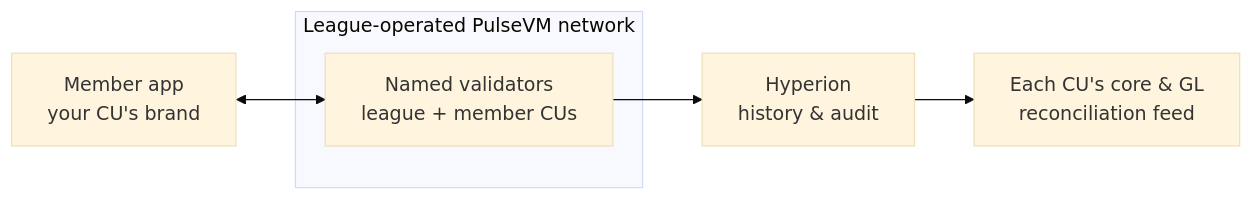
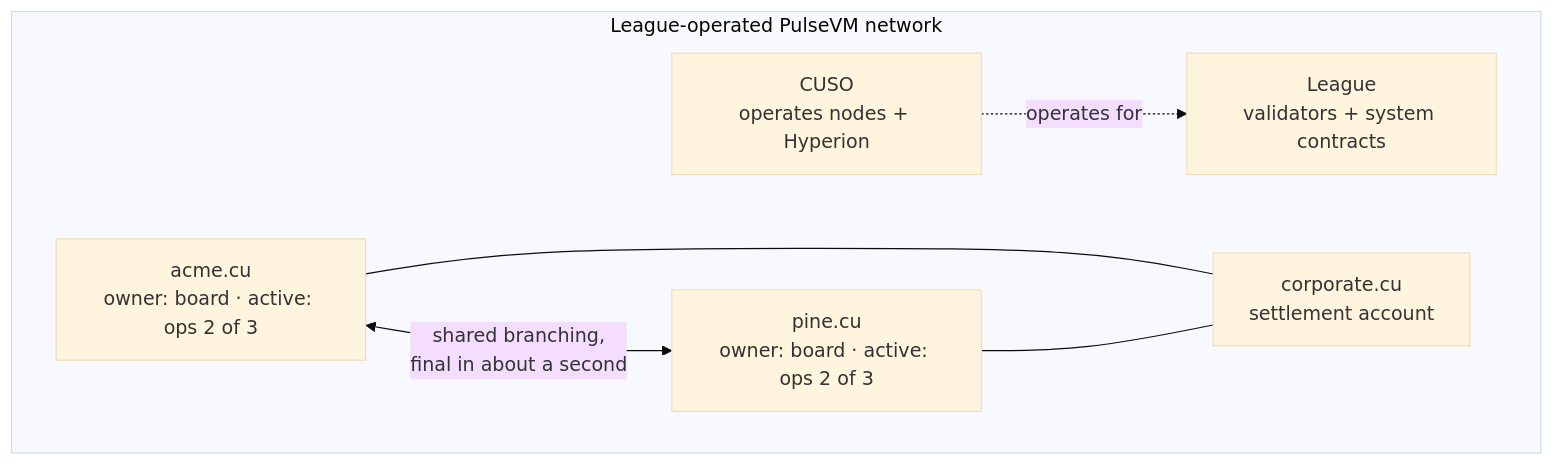
One commit to paulgnz/pulsevm-docs changed the diagram in docs/institutions/credit-unions.md. Above: the diagram before and after it, drawn with Mermaid (base theme). The commit also changed other lines of this file and 53 other files, not shown here.

````diff
--- a/docs/institutions/credit-unions.md
+++ b/docs/institutions/credit-unions.md
@@ -78,9 +81,14 @@
 ```mermaid
-flowchart LR
-  m["Member app<br/>your CU's brand"] <--> v
+flowchart TD
   subgraph net["League-operated PulseVM network"]
-    v["Named validators<br/>league + member CUs"]
+    league["League<br/>validators + system contracts"]
+    cuso["CUSO<br/>operates nodes + Hyperion"]
+    corp["corporate.cu<br/>settlement account"]
+    a["acme.cu<br/>owner: board · active: ops 2 of 3"]
+    p["pine.cu<br/>owner: board · active: ops 2 of 3"]
   end
-  v --> hy["Hyperion<br/>history & audit"]
-  hy --> gl["Each CU's core & GL<br/>reconciliation feed"]
+  a <-->|"shared branching,<br/>final in about a second"| p
+  a --- corp
+  p --- corp
+  cuso -.->|"operates for"| league
 ```
````
